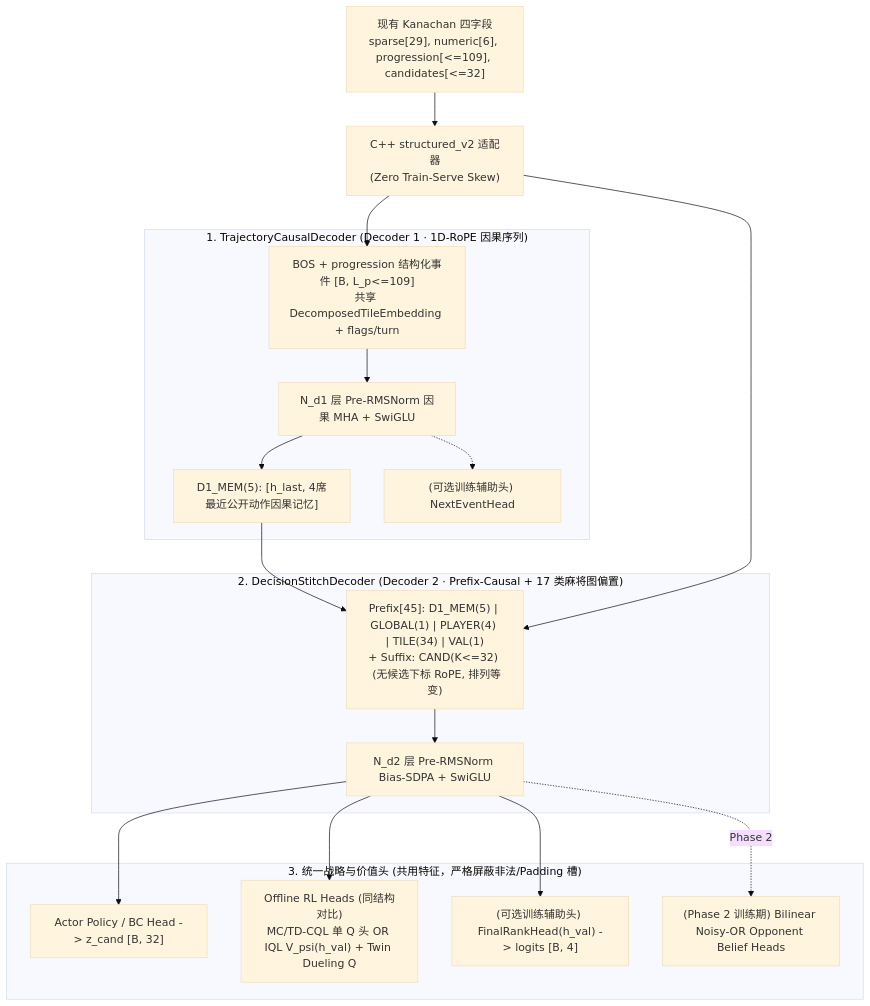
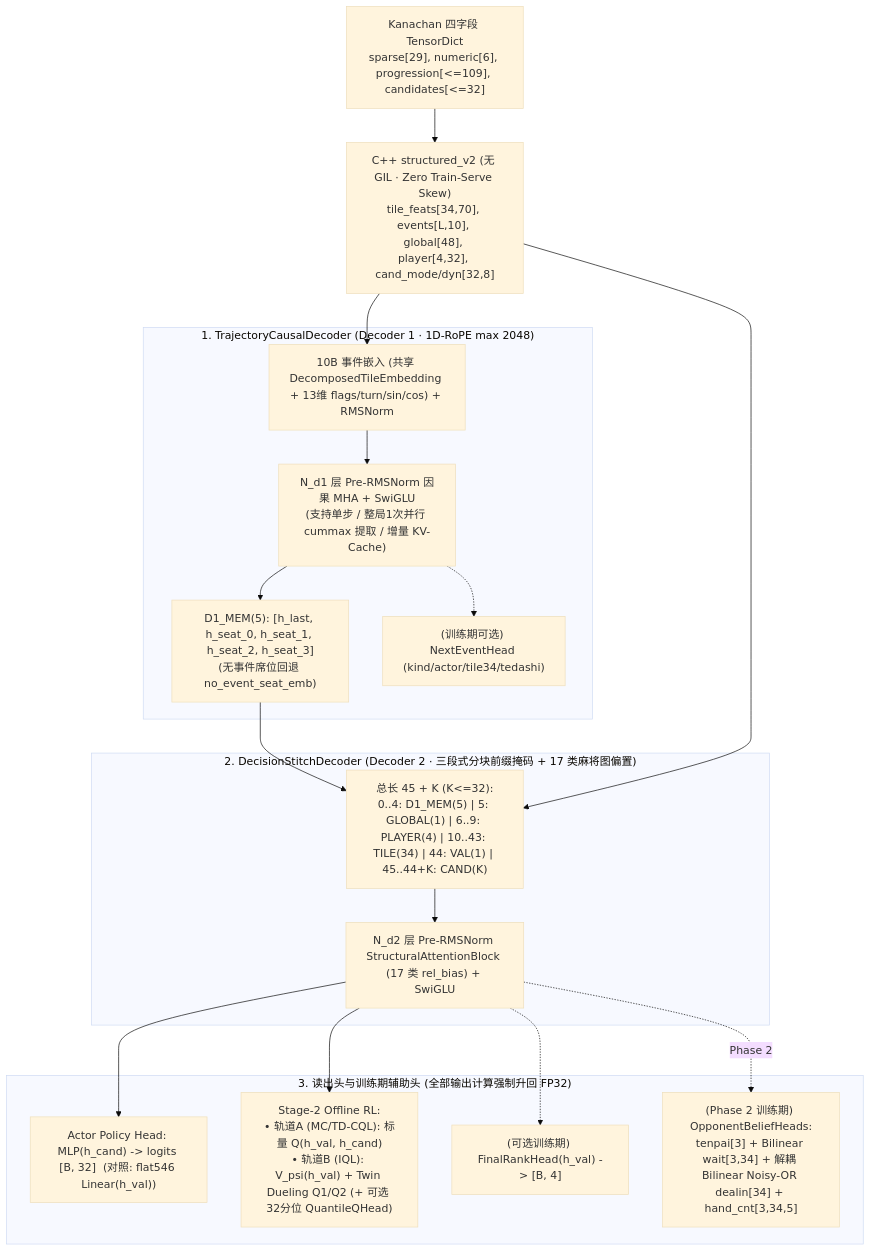
One commit to suiniara/kanachan changed the diagram in kanachan/training/structured-dual-decoder-v2.md. Above: the diagram before and after it, drawn with Mermaid (base theme). The commit also changed other lines of this file, not shown here.

Commit message:
Complete self-contained V2 architecture, feature, and RL contract spec

````diff
--- a/kanachan/training/structured-dual-decoder-v2.md
+++ b/kanachan/training/structured-dual-decoder-v2.md
@@ -81,33 +296,36 @@
 ```mermaid
 flowchart TB
-    Raw["现有 Kanachan 四字段\nsparse[29], numeric[6], progression[<=109], candidates[<=32]"]
-    Adapter["C++ structured_v2 适配器\n(Zero Train-Serve Skew)"]
+    Raw["Kanachan 四字段 TensorDict\nsparse[29], numeric[6], progression[<=109], candidates[<=32]"]
+    Adapter["C++ structured_v2 (无 GIL · Zero Train-Serve Skew)\ntile_feats[34,70], events[L,10], global[48], player[4,32], cand_mode/dyn[32,8]"]
 
-    subgraph Dec1["1. TrajectoryCausalDecoder (Decoder 1 · 1D-RoPE 因果序列)"]
-        Ev["BOS + progression 结构化事件 [B, L_p<=109]\n共享 DecomposedTileEmbedding + flags/turn"]
-        D1["N_d1 层 Pre-RMSNorm 因果 MHA + SwiGLU"]
-        Mem["D1_MEM(5): [h_last, 4席最近公开动作因果记忆]"]
-        NextEv["(可选训练辅助头) NextEventHead"]
+    subgraph D1["1. TrajectoryCausalDecoder (Decoder 1 · 1D-RoPE max 2048)"]
+        EvEmb["10B 事件嵌入 (共享 DecomposedTileEmbedding + 13维 flags/turn/sin/cos) + RMSNorm"]
+        D1Blocks["N_d1 层 Pre-RMSNorm 因果 MHA + SwiGLU\n(支持单步 / 整局1次并行 cummax 提取 / 增量 KV-Cache)"]
+        Mem["D1_MEM(5): [h_last, h_seat_0, h_seat_1, h_seat_2, h_seat_3]\n(无事件席位回退 no_event_seat_emb)"]
+        NextEv["(训练期可选) NextEventHead (kind/actor/tile34/tedashi)"]
+        EvEmb --> D1Blocks --> Mem
+        D1Blocks -.-> NextEv
     end
 
-    subgraph Dec2["2. DecisionStitchDecoder (Decoder 2 · Prefix-Causal + 17 类麻将图偏置)"]
-        Seq["Prefix[45]: D1_MEM(5) | GLOBAL(1) | PLAYER(4) | TILE(34) | VAL(1)\n+ Suffix: CAND(K<=32)  (无候选下标 RoPE, 排列等变)"]
-        D2["N_d2 层 Pre-RMSNorm Bias-SDPA + SwiGLU"]
+    subgraph D2["2. DecisionStitchDecoder (Decoder 2 · 三段式分块前缀掩码 + 17 类麻将图偏置)"]
+        Seq["总长 45 + K (K<=32):\n0..4: D1_MEM(5) | 5: GLOBAL(1) | 6..9: PLAYER(4) | 10..43: TILE(34) | 44: VAL(1) | 45..44+K: CAND(K)"]
+        D2Blocks["N_d2 层 Pre-RMSNorm StructuralAttentionBlock (17 类 rel_bias) + SwiGLU"]
+        Seq --> D2Blocks
     end
 
-    subgraph Heads["3. 统一战略与价值头 (共用特征，严格屏蔽非法/Padding 槽)"]
-        ActHead["Actor Policy / BC Head -> z_cand [B, 32]"]
-        CQLHead["Offline RL Heads (同结构对比)\nMC/TD-CQL 单 Q 头 OR IQL V_psi(h_val) + Twin Dueling Q"]
-        RankHead["(可选训练辅助头) FinalRankHead(h_val) -> logits [B, 4]"]
-        BeliefHead["(Phase 2 训练期) Bilinear Noisy-OR Opponent Belief Heads"]
+    subgraph Heads["3. 读出头与训练期辅助头 (全部输出计算强制升回 FP32)"]
+        PolHead["Actor Policy Head: MLP(h_cand) -> logits [B, 32]  (对照: flat546 Linear(h_val))"]
+        RLHead["Stage-2 Offline RL:\n• 轨道A (MC/TD-CQL): 标量 Q(h_val, h_cand)\n• 轨道B (IQL): V_psi(h_val) + Twin Dueling Q1/Q2 (+ 可选 32分位 QuantileQHead)"]
+        RankAux["(可选训练期) FinalRankHead(h_val) -> [B, 4]"]
+        BeliefAux["(Phase 2 训练期) OpponentBeliefHeads:\ntenpai[3] + Bilinear wait[3,34] + 解耦 Bilinear Noisy-OR dealin[34] + hand_cnt[3,34,5]"]
     end
 
     Raw --> Adapter
-    Adapter --> Ev --> D1 --> Mem --> Seq
-    D1 -.-> NextEv
-    Adapter --> Seq --> D2
-    D2 --> ActHead
-    D2 --> CQLHead
-    D2 --> RankHead
-    D2 -. "Phase 2" .-> BeliefHead
+    Adapter --> EvEmb
+    Mem --> Seq
+    Adapter --> Seq
+    D2Blocks --> PolHead
+    D2Blocks --> RLHead
+    D2Blocks -.-> RankAux
+    D2Blocks -. "Phase 2" .-> BeliefAux
 ```
````
